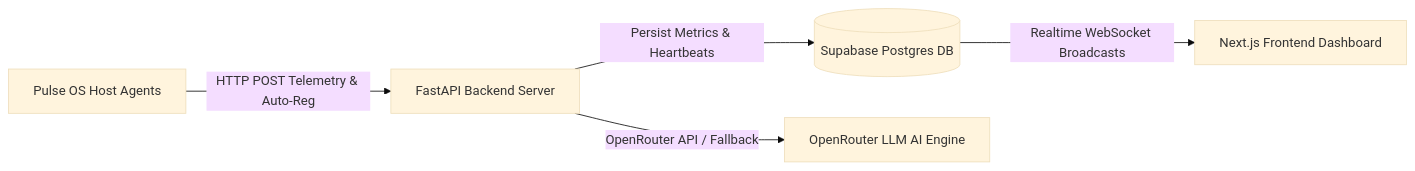
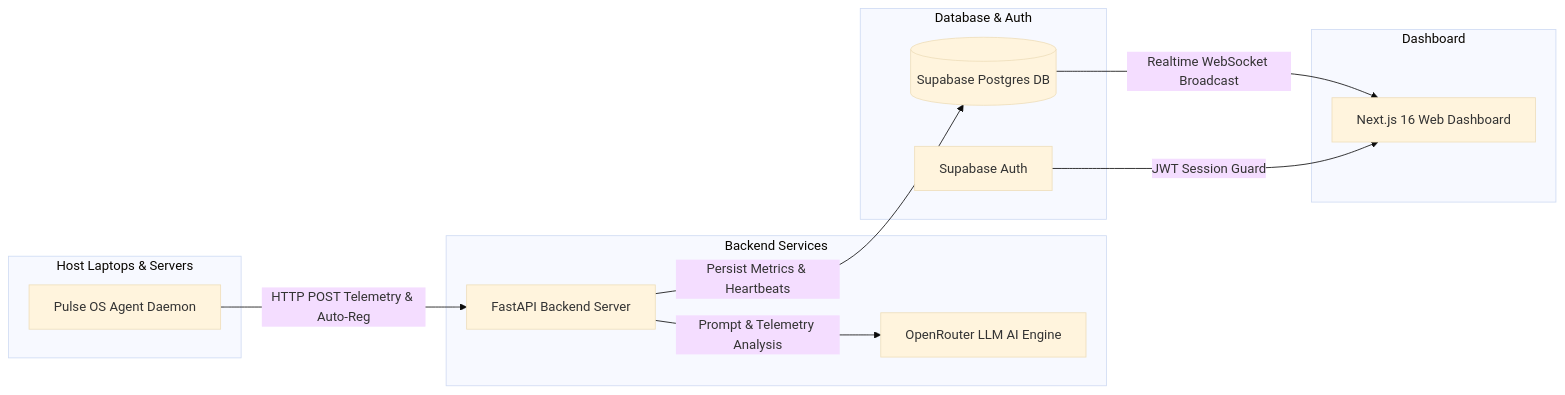
Before and after one commit to SKrafiqh/pulse-os: the diagram in README.md, drawn with Mermaid (base theme). The commit also changed other lines of this file, not shown here.

````diff
--- a/README.md
+++ b/README.md
@@ -9,7 +40,26 @@
 ```mermaid
 flowchart LR
-    A[Pulse OS Host Agents] -->|HTTP POST Telemetry & Auto-Reg| B[FastAPI Backend Server]
-    B -->|Persist Metrics & Heartbeats| C[(Supabase Postgres DB)]
-    B -->|OpenRouter API / Fallback| E[OpenRouter LLM AI Engine]
-    C -->|Realtime WebSocket Broadcasts| D[Next.js Frontend Dashboard]
+    subgraph Host Laptops & Servers
+        Agent[Pulse OS Agent Daemon]
+    end
+
+    subgraph Backend Services
+        API[FastAPI Backend Server]
+        AI[OpenRouter LLM AI Engine]
+    end
+
+    subgraph Database & Auth
+        DB[(Supabase Postgres DB)]
+        Auth[Supabase Auth]
+    end
+
+    subgraph Dashboard
+        Web[Next.js 16 Web Dashboard]
+    end
+
+    Agent -->|HTTP POST Telemetry & Auto-Reg| API
+    API -->|Persist Metrics & Heartbeats| DB
+    API -->|Prompt & Telemetry Analysis| AI
+    DB -->|Realtime WebSocket Broadcast| Web
+    Auth -->|JWT Session Guard| Web
 ```
````
